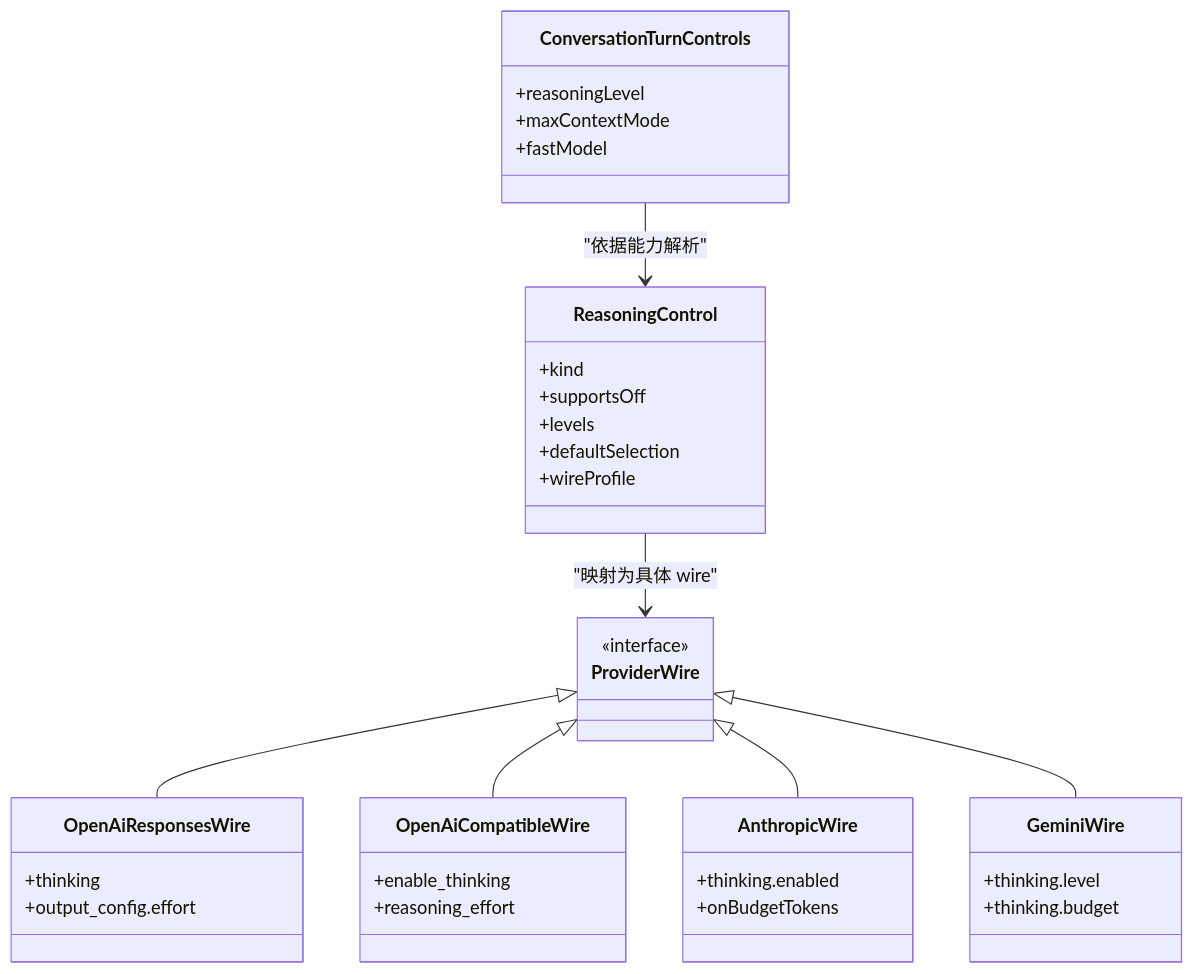
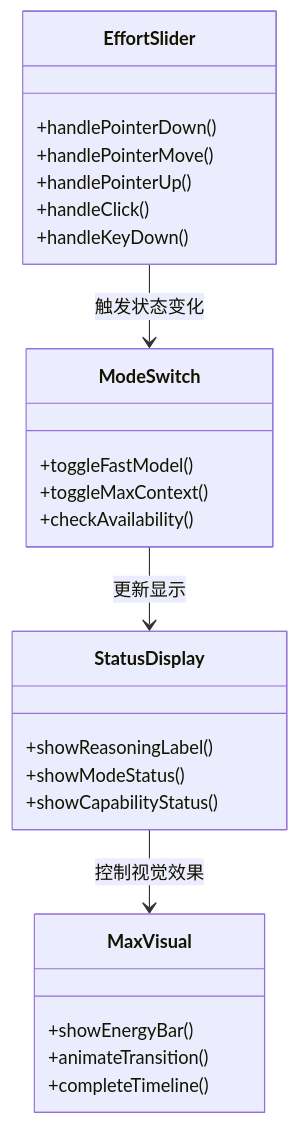
Before and after one commit to haolange/RDC-Agent: the fourth of 6 diagrams in .qoder/repowiki/zh/content/用户界面/对话编辑器/努力程度控制.md, drawn with Mermaid. The commit also changed other lines of this file and 22 other files, not shown here.

````diff
--- a/.qoder/repowiki/zh/content/用户界面/对话编辑器/努力程度控制.md
+++ b/.qoder/repowiki/zh/content/用户界面/对话编辑器/努力程度控制.md
@@ -287,40 +180,28 @@
 ```mermaid
 classDiagram
-class ConversationTurnControls {
-+reasoningLevel
-+maxContextMode
-+fastModel
+class EffortSlider {
++handlePointerDown()
++handlePointerMove()
++handlePointerUp()
++handleClick()
++handleKeyDown()
 }
-class ReasoningControl {
-+kind
-+supportsOff
-+levels
-+defaultSelection
-+wireProfile
+class ModeSwitch {
++toggleFastModel()
++toggleMaxContext()
++checkAvailability()
 }
-class ProviderWire {
-<<interface>>
+class StatusDisplay {
++showReasoningLabel()
++showModeStatus()
++showCapabilityStatus()
 }
-class OpenAiResponsesWire {
-+thinking
-+output_config.effort
+class MaxVisual {
++showEnergyBar()
++animateTransition()
++completeTimeline()
 }
-class OpenAiCompatibleWire {
-+enable_thinking
-+reasoning_effort
-}
-class AnthropicWire {
-+thinking.enabled
-+onBudgetTokens
-}
-class GeminiWire {
-+thinking.level
-+thinking.budget
-}
-ConversationTurnControls --> ReasoningControl : "依据能力解析"
-ReasoningControl --> ProviderWire : "映射为具体 wire"
-ProviderWire <|-- OpenAiResponsesWire
-ProviderWire <|-- OpenAiCompatibleWire
-ProviderWire <|-- AnthropicWire
-ProviderWire <|-- GeminiWire
+EffortSlider --> ModeSwitch : 触发状态变化
+ModeSwitch --> StatusDisplay : 更新显示
+StatusDisplay --> MaxVisual : 控制视觉效果
 ```
````
